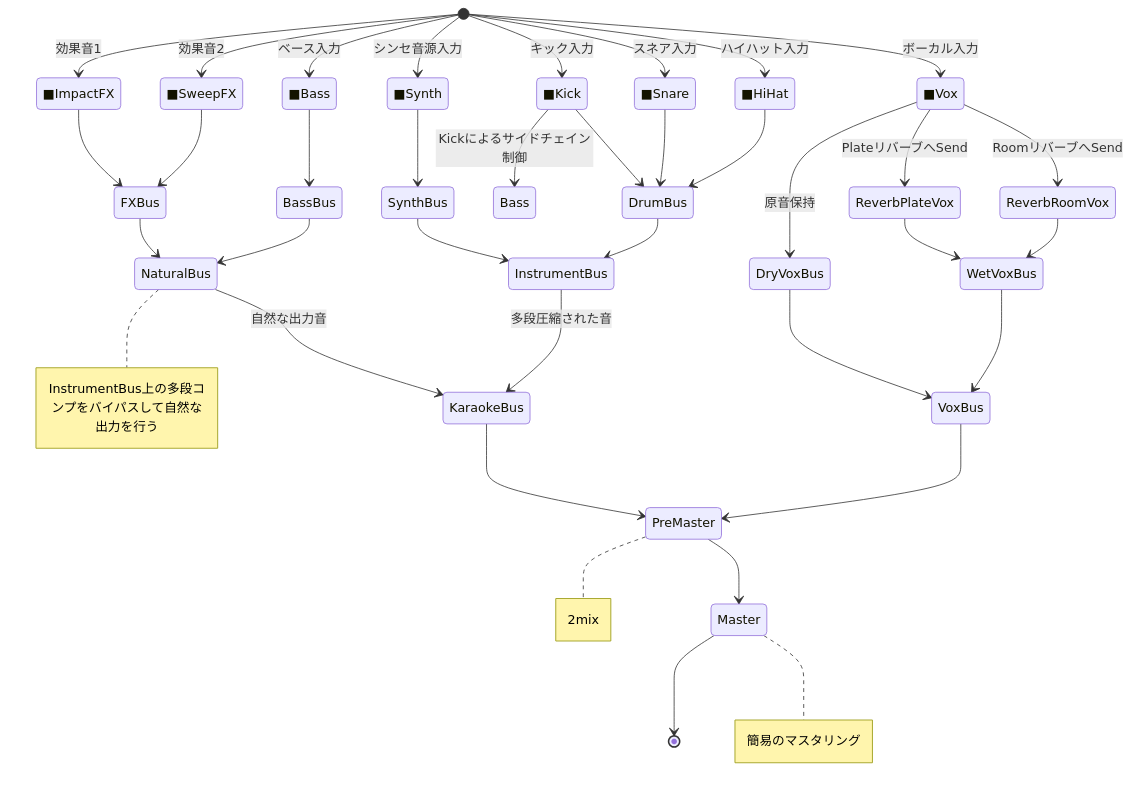
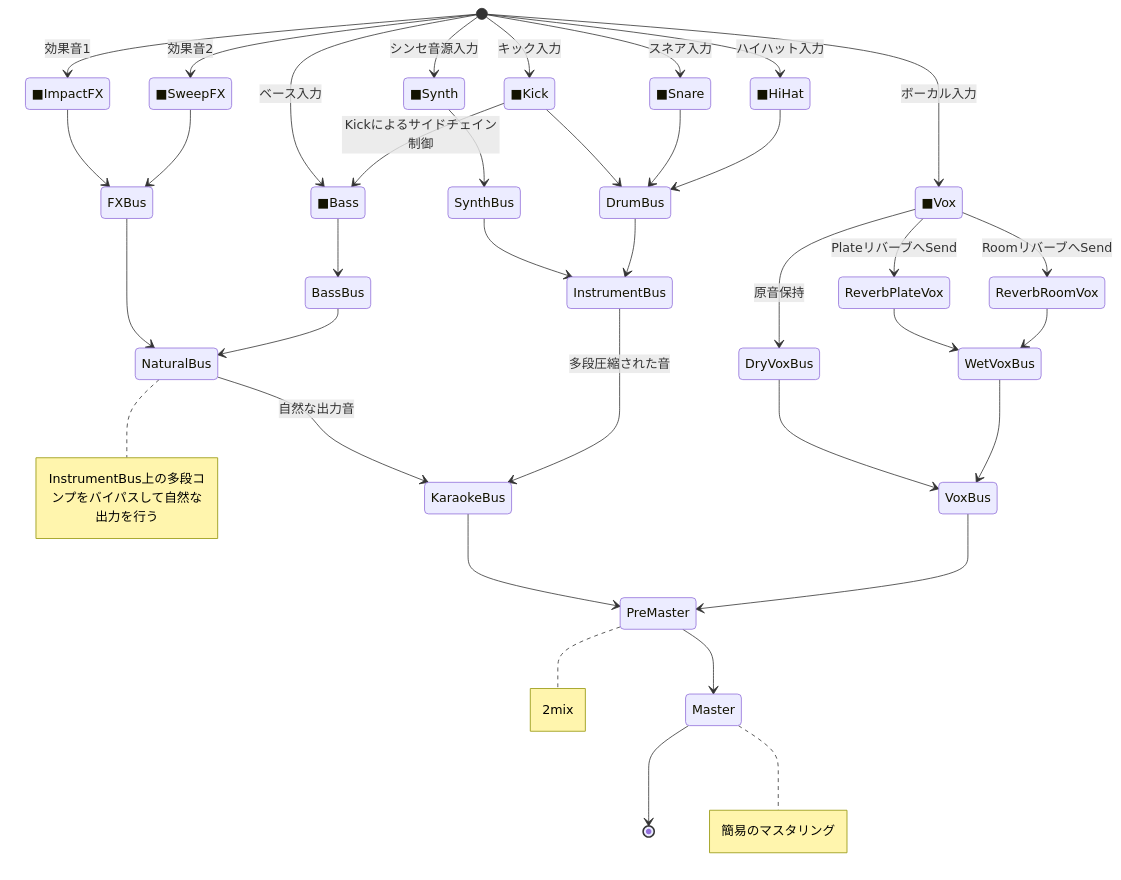
The diagram in README.md (iamyukihiro/general-mixing-architecture), drawn with Mermaid before and after one commit.

````diff
--- a/README.md
+++ b/README.md
@@ -8,55 +8,55 @@
 ```mermaid
 stateDiagram
     %% 楽器・ボーカルの入力
     [*] --> ■Synth : シンセ音源入力
     [*] --> ■Kick : キック入力
     [*] --> ■Bass : ベース入力
     [*] --> ■Snare : スネア入力
     [*] --> ■HiHat : ハイハット入力
     [*] --> ■ImpactFX : 効果音1
     [*] --> ■SweepFX : 効果音2
     [*] --> ■Vox : ボーカル入力
 
     %% Busへのルーティング
     ■Synth --> SynthBus
     ■Kick --> DrumBus
     ■Snare --> DrumBus
     ■HiHat --> DrumBus
     ■ImpactFX --> FXBus
     ■SweepFX --> FXBus
-    ■Kick --> Bass : Kickによるサイドチェイン制御
+    ■Kick --> ■Bass : Kickによるサイドチェイン制御
     ■Bass --> BassBus
 
     %% ボーカル処理：DryとReverb Sendに分岐
     ■Vox --> DryVoxBus : 原音保持
     ■Vox --> ReverbPlateVox : PlateリバーブへSend
     ■Vox --> ReverbRoomVox : RoomリバーブへSend
 
     %% リバーブ音をWetVoxBusへ統合
     ReverbPlateVox --> WetVoxBus
     ReverbRoomVox --> WetVoxBus
 
     %% PreVoxでDry/Wetを合流
     DryVoxBus --> VoxBus
     WetVoxBus --> VoxBus
 
     %% KaraokeBusはVoxを含まずInstrumentのみ
     SynthBus --> InstrumentBus
     DrumBus --> InstrumentBus
 
     %% 各バスをPreMasterへ統合
     FXBus --> NaturalBus: 
     note right of NaturalBus : InstrumentBus上の多段コンプをバイパスして自然な出力を行う
     BassBus --> NaturalBus
     NaturalBus --> KaraokeBus : 自然な出力音
         KaraokeBus --> PreMaster
     InstrumentBus --> KaraokeBus : 多段圧縮された音
     VoxBus --> PreMaster
 
     %% Master出力
     PreMaster --> Master
     note right of PreMaster : 2mix
 
     Master --> [*]
     note right of Master : 簡易のマスタリング
 ```
````
